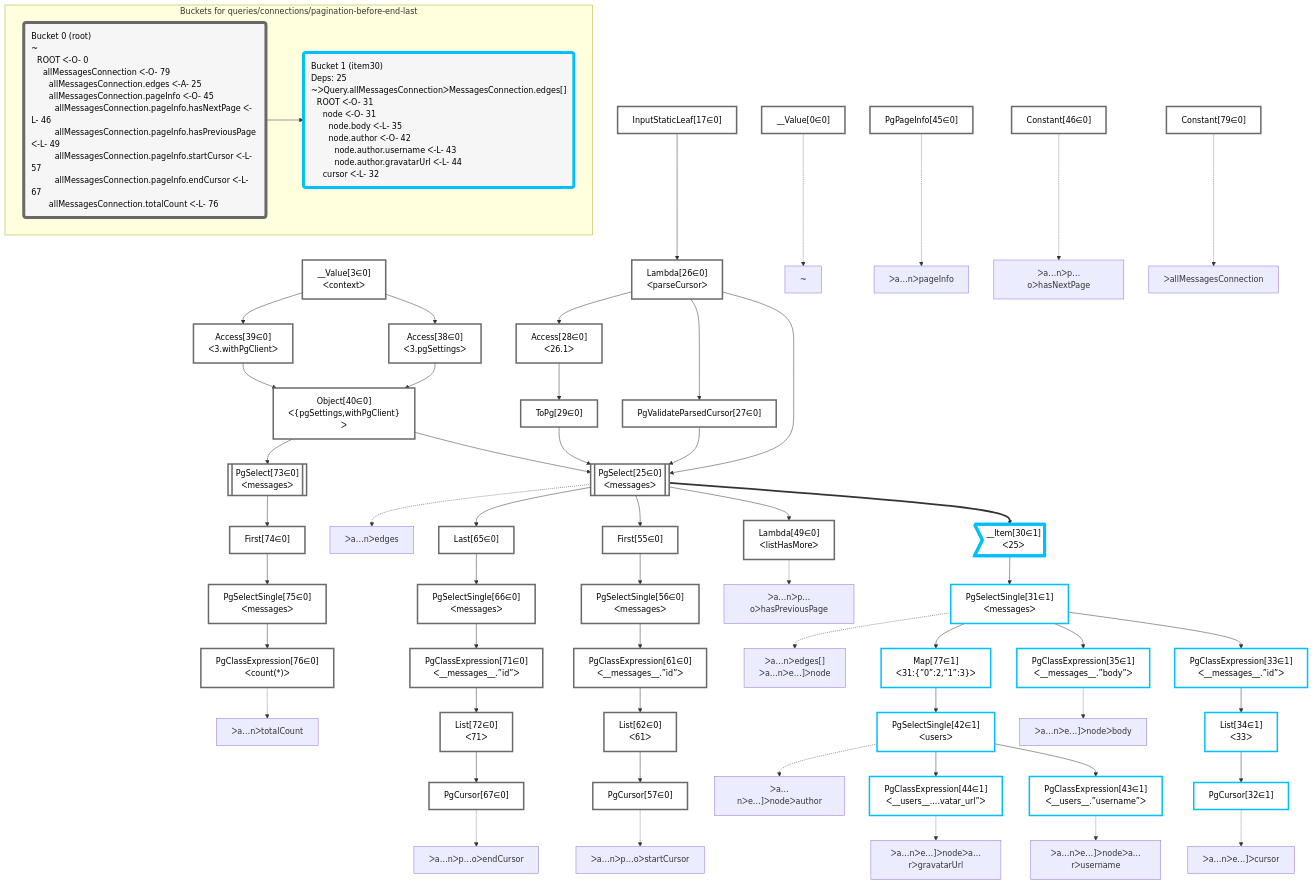
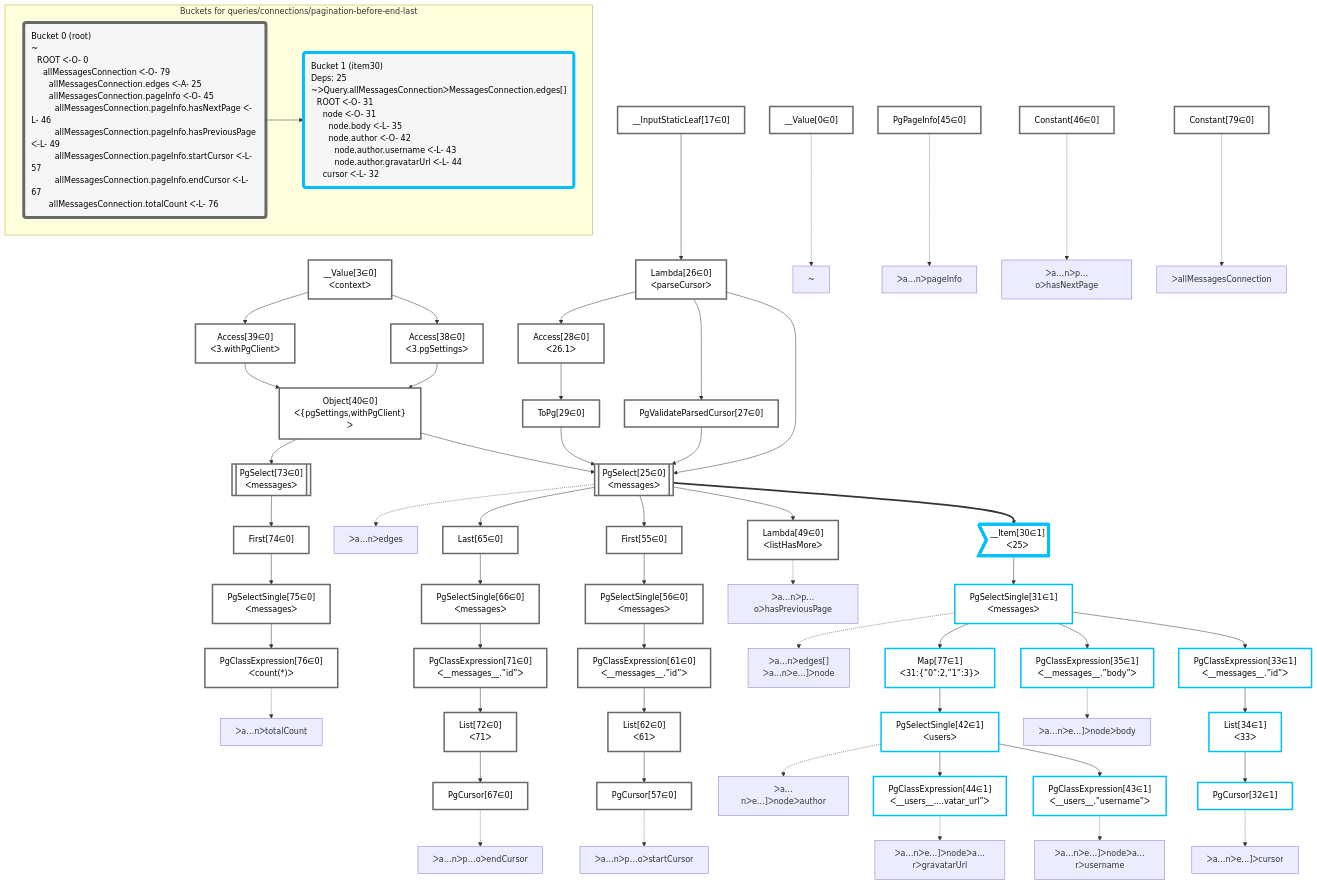
One commit to graphile/crystal changed the diagram in packages/dataplan-pg/__tests__/queries/connections/pagination-before-end-last.mermaid.md. Above: the diagram before and after it, drawn with Mermaid. The commit also changed 79 other files, not shown here.

```diff
--- a/packages/dataplan-pg/__tests__/queries/connections/pagination-before-end-last.mermaid.md
+++ b/packages/dataplan-pg/__tests__/queries/connections/pagination-before-end-last.mermaid.md
@@ -43,7 +43,7 @@
     ToPg29["ToPg[29∈0]"]:::plan
     Access28["Access[28∈0]<br />ᐸ26.1ᐳ"]:::plan
     Lambda26["Lambda[26∈0]<br />ᐸparseCursorᐳ"]:::plan
-    InputStaticLeaf17["InputStaticLeaf[17∈0]"]:::plan
+    __InputStaticLeaf17["__InputStaticLeaf[17∈0]"]:::plan
     Constant79["Constant[79∈0]"]:::plan
     PgPageInfo45["PgPageInfo[45∈0]"]:::plan
     Constant46["Constant[46∈0]"]:::plan
@@ -81,7 +81,7 @@
     Lambda26 --> PgValidateParsedCursor27
     Access28 --> ToPg29
     Lambda26 --> Access28
-    InputStaticLeaf17 --> Lambda26
+    __InputStaticLeaf17 --> Lambda26
 
     %% plan-to-path relationships
     P0["~"]
@@ -118,7 +118,7 @@
     subgraph "Buckets for queries/connections/pagination-before-end-last"
     Bucket0("Bucket 0 (root)<br />~<br />⠀ROOT ᐸ-O- 0<br />⠀⠀allMessagesConnection ᐸ-O- 79<br />⠀⠀⠀allMessagesConnection.edges ᐸ-A- 25<br />⠀⠀⠀allMessagesConnection.pageInfo ᐸ-O- 45<br />⠀⠀⠀⠀allMessagesConnection.pageInfo.hasNextPage ᐸ-L- 46<br />⠀⠀⠀⠀allMessagesConnection.pageInfo.hasPreviousPage ᐸ-L- 49<br />⠀⠀⠀⠀allMessagesConnection.pageInfo.startCursor ᐸ-L- 57<br />⠀⠀⠀⠀allMessagesConnection.pageInfo.endCursor ᐸ-L- 67<br />⠀⠀⠀allMessagesConnection.totalCount ᐸ-L- 76"):::bucket
     classDef bucket0 stroke:#696969
-    class Bucket0,__Value0,__Value3,InputStaticLeaf17,PgSelect25,Lambda26,PgValidateParsedCursor27,Access28,ToPg29,Access38,Access39,Object40,PgPageInfo45,Constant46,Lambda49,First55,PgSelectSingle56,PgCursor57,PgClassExpression61,List62,Last65,PgSelectSingle66,PgCursor67,PgClassExpression71,List72,PgSelect73,First74,PgSelectSingle75,PgClassExpression76,Constant79 bucket0
+    class Bucket0,__Value0,__Value3,__InputStaticLeaf17,PgSelect25,Lambda26,PgValidateParsedCursor27,Access28,ToPg29,Access38,Access39,Object40,PgPageInfo45,Constant46,Lambda49,First55,PgSelectSingle56,PgCursor57,PgClassExpression61,List62,Last65,PgSelectSingle66,PgCursor67,PgClassExpression71,List72,PgSelect73,First74,PgSelectSingle75,PgClassExpression76,Constant79 bucket0
     Bucket1("Bucket 1 (item30)<br />Deps: 25<br />~ᐳQuery.allMessagesConnectionᐳMessagesConnection.edges[]<br />⠀ROOT ᐸ-O- 31<br />⠀⠀node ᐸ-O- 31<br />⠀⠀⠀node.body ᐸ-L- 35<br />⠀⠀⠀node.author ᐸ-O- 42<br />⠀⠀⠀⠀node.author.username ᐸ-L- 43<br />⠀⠀⠀⠀node.author.gravatarUrl ᐸ-L- 44<br />⠀⠀cursor ᐸ-L- 32"):::bucket
     classDef bucket1 stroke:#00bfff
     class Bucket1,__Item30,PgSelectSingle31,PgCursor32,PgClassExpression33,List34,PgClassExpression35,PgSelectSingle42,PgClassExpression43,PgClassExpression44,Map77 bucket1
```
